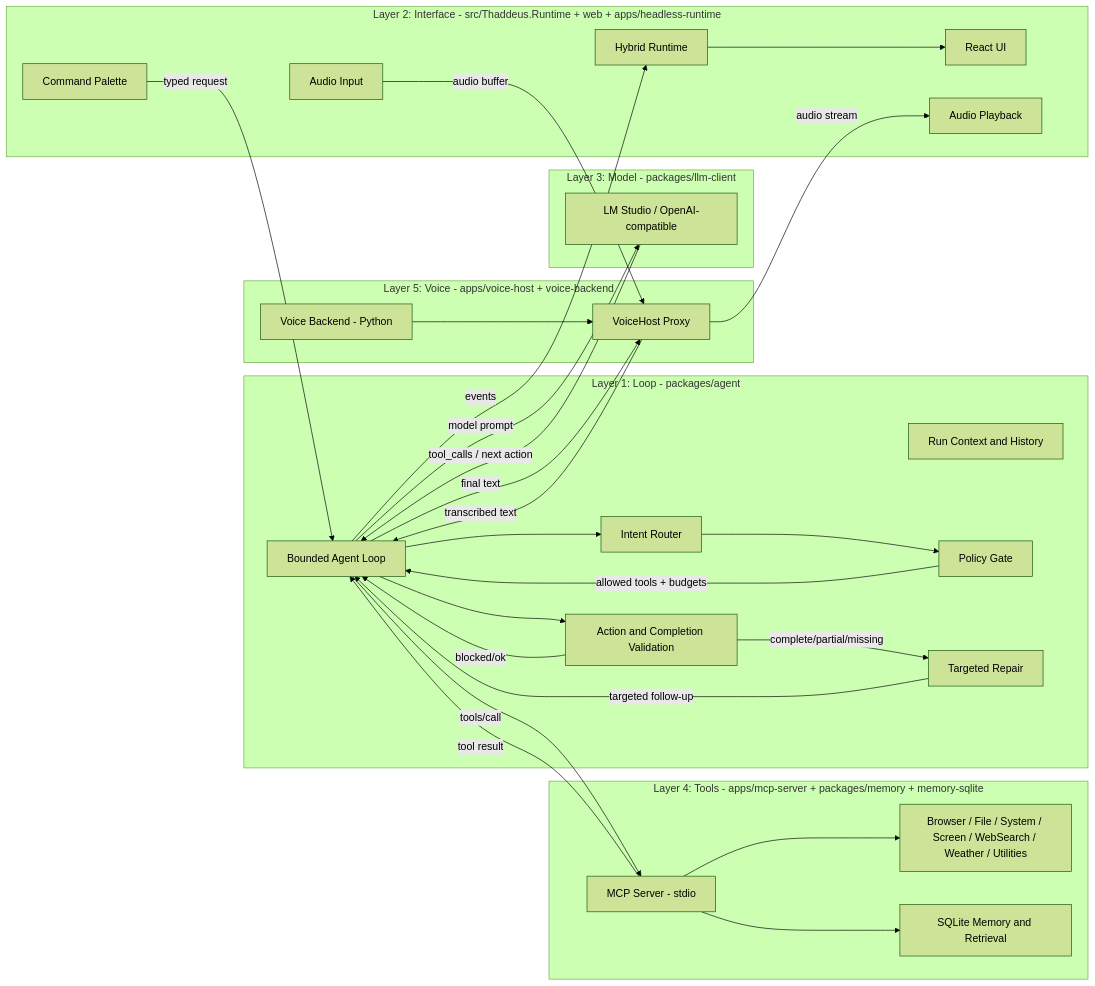
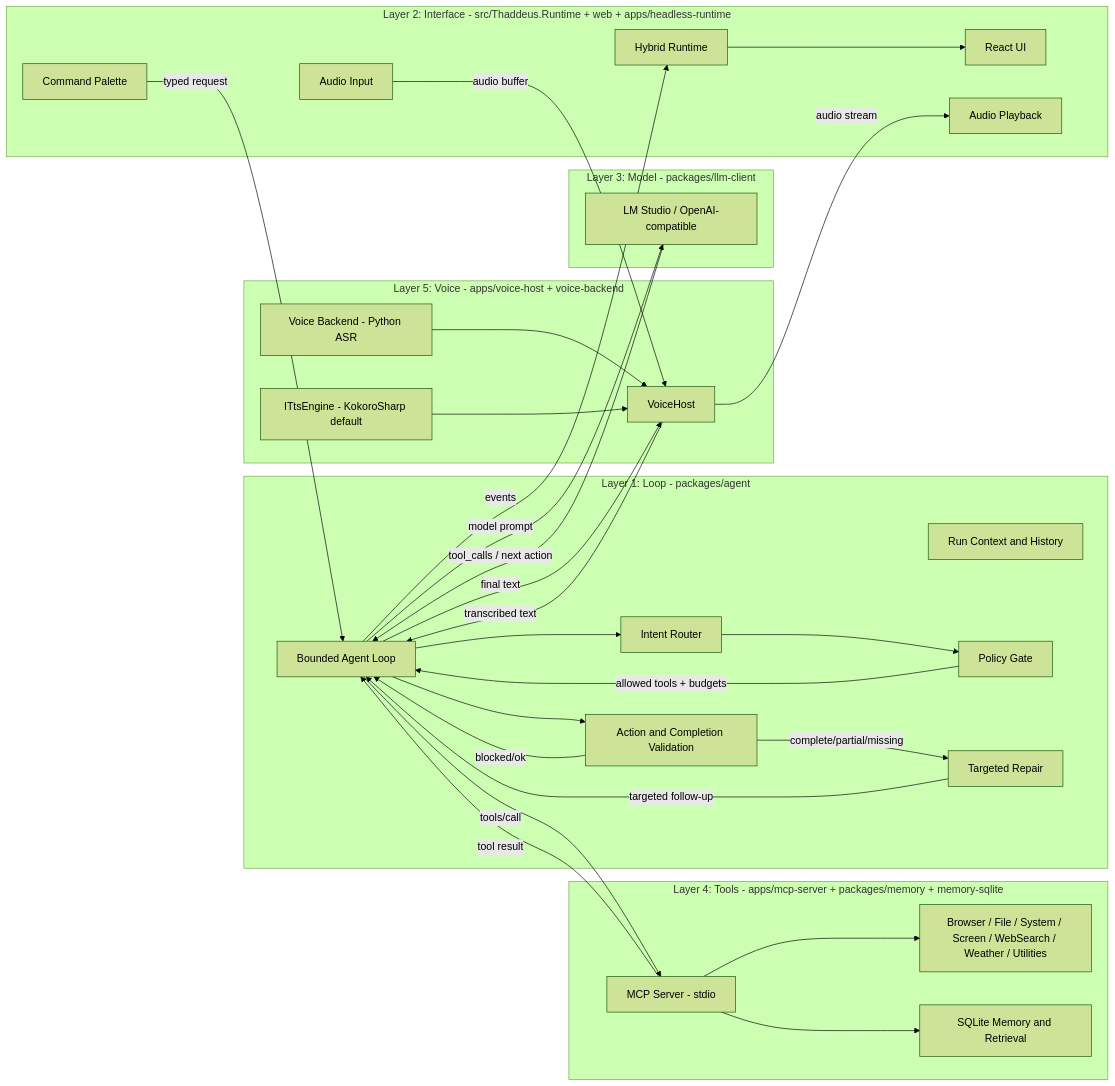
The diagram in README.md (raydeStar/sir-thaddeus), drawn with Mermaid (forest theme) before and after one commit. The commit also changed other lines of this file and 61 other files, not shown here.

````diff
--- a/README.md
+++ b/README.md
@@ -211,61 +212,63 @@
 ```mermaid
 flowchart LR
   subgraph loop [Layer 1: Loop - packages/agent]
     Loop[Bounded Agent Loop]
     Context[Run Context and History]
     Router[Intent Router]
     Gate[Policy Gate]
     Validate[Action and Completion Validation]
     Repair[Targeted Repair]
   end
 
   subgraph frontend [Layer 2: Interface - src/Thaddeus.Runtime + web + apps/headless-runtime]
     Overlay[React UI]
     Runtime[Hybrid Runtime]
     PTT[Audio Input]
     Playback[Audio Playback]
     Palette[Command Palette]
   end
 
   subgraph model [Layer 3: Model - packages/llm-client]
     LmStudio[LM Studio / OpenAI-compatible]
   end
 
   subgraph tools [Layer 4: Tools - apps/mcp-server + packages/memory + memory-sqlite]
     Server[MCP Server - stdio]
     Toolset[Browser / File / System / Screen / WebSearch / Weather / Utilities]
     Memory[SQLite Memory and Retrieval]
   end
 
   subgraph voice [Layer 5: Voice - apps/voice-host + voice-backend]
-    VoiceHost[VoiceHost Proxy]
-    VoiceBackend[Voice Backend - Python]
+    VoiceHost[VoiceHost]
+    TtsEngine[ITtsEngine - KokoroSharp default]
+    VoiceBackend[Voice Backend - Python ASR]
     VoiceBackend --> VoiceHost
+    TtsEngine --> VoiceHost
   end
 
   PTT -->|audio buffer| VoiceHost
   VoiceHost -->|transcribed text| Loop
   Palette -->|typed request| Loop
 
   Loop --> Router --> Gate
   Gate -->|allowed tools + budgets| Loop
 
   Loop -->|model prompt| LmStudio
   LmStudio -->|tool_calls / next action| Loop
 
   Loop --> Validate
   Validate -->|blocked/ok| Loop
   Validate -->|complete/partial/missing| Repair
   Repair -->|targeted follow-up| Loop
 
   Loop -->|tools/call| Server
   Server --> Toolset
   Server --> Memory
   Server -->|tool result| Loop
 
   Loop -->|final text| VoiceHost
   VoiceHost -->|audio stream| Playback
 
   Loop -->|events| Runtime
   Runtime --> Overlay
 ```
````
